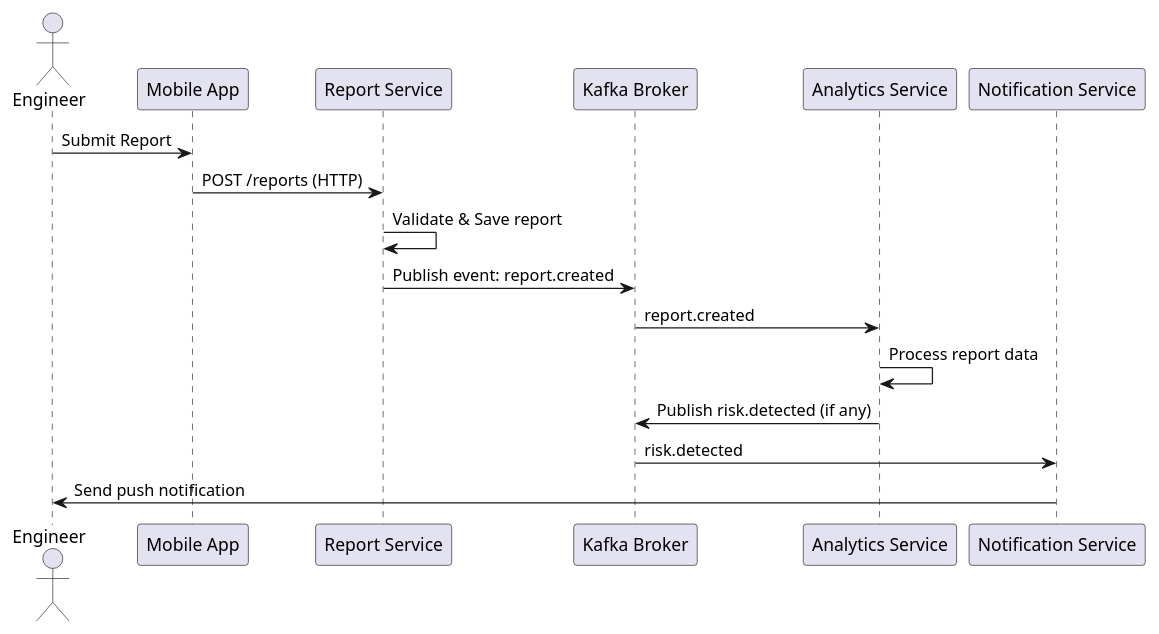
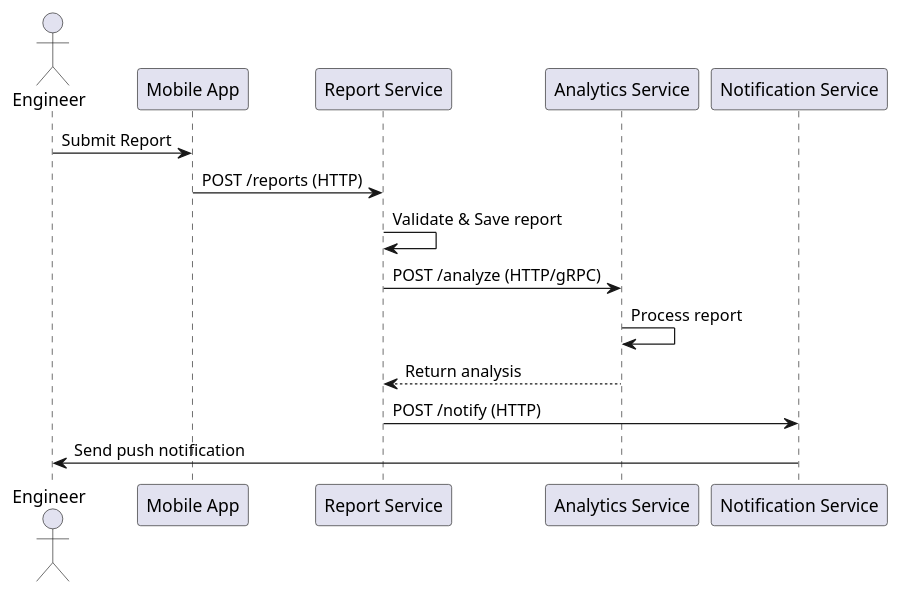
The first of 2 diagrams in lab3/Readme.md (Mini-max-Maxi-min/projecr-go), drawn with PlantUML before and after one commit. The commit also changed other lines of this file, not shown here.

````diff
--- a/lab3/Readme.md
+++ b/lab3/Readme.md
@@ -69,22 +72,18 @@
 ```plantuml
 @startuml
 actor Engineer as E
 participant "Mobile App" as App
 participant "Report Service" as RS
-participant "Kafka Broker" as MQ
 participant "Analytics Service" as AS
 participant "Notification Service" as NS
 
 E -> App: Submit Report
 App -> RS: POST /reports (HTTP)
 RS -> RS: Validate & Save report
-RS -> MQ: Publish event: report.created
-
-MQ -> AS: report.created
-AS -> AS: Process report data
-AS -> MQ: Publish risk.detected (if any)
-
-MQ -> NS: risk.detected
+RS -> AS: POST /analyze (HTTP/gRPC)
+AS -> AS: Process report
+AS --> RS: Return analysis
+RS -> NS: POST /notify (HTTP)
 NS -> E: Send push notification
 @enduml
 ```
````
